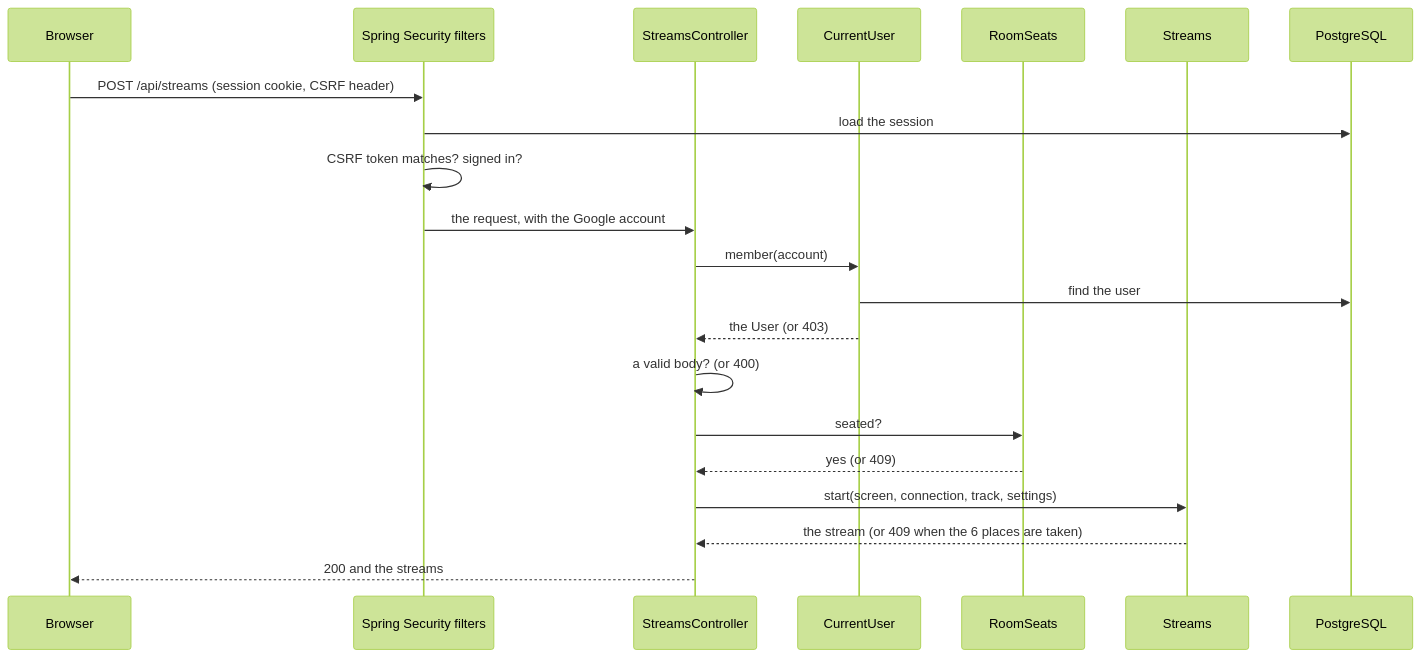
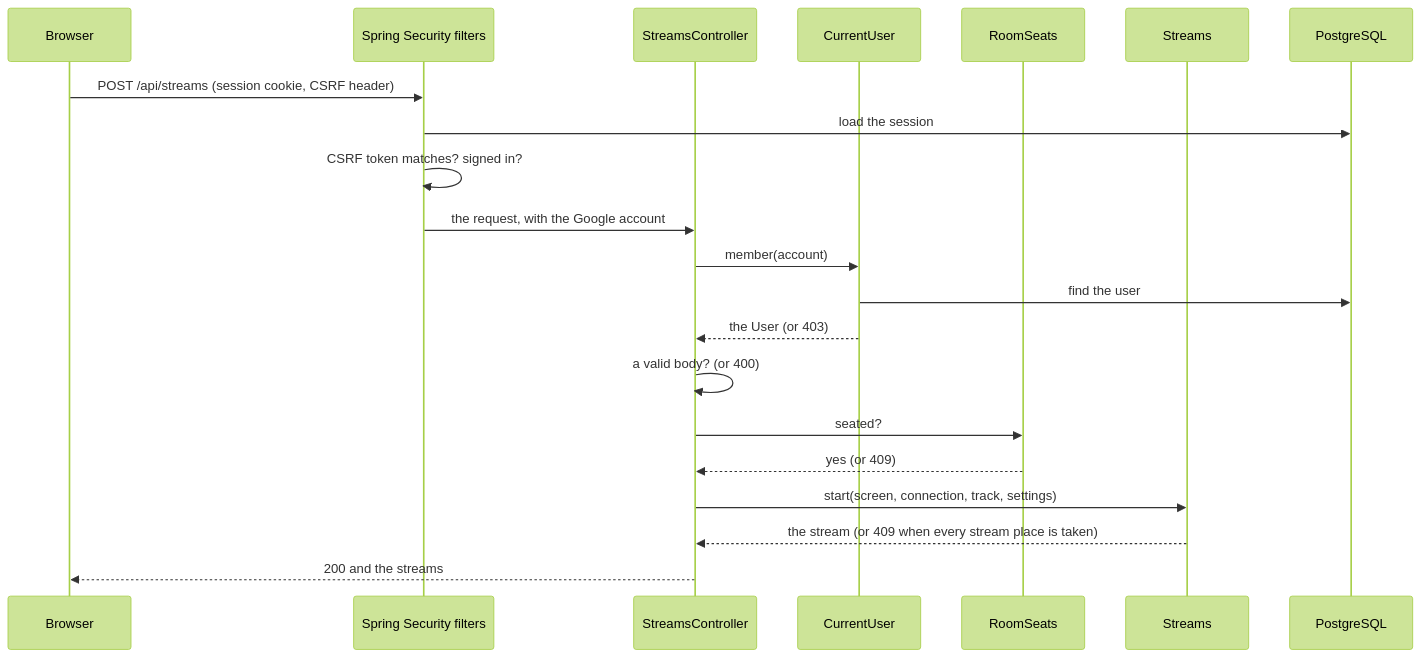
One commit to Hbrauveres/xove-api changed the second of 3 diagrams in docs/architecture.md. Above: the diagram before and after it, drawn with Mermaid (forest theme). The commit also changed other lines of this file and 17 other files, not shown here.

First line of the commit message:
feat(api): stream places from XOVE_STREAM_PLACES, and places in the streams answer (0191) (#15)

````diff
--- a/docs/architecture.md
+++ b/docs/architecture.md
@@ -54,23 +54,23 @@
 ```mermaid
 sequenceDiagram
   participant B as Browser
   participant F as Spring Security filters
   participant C as StreamsController
   participant U as CurrentUser
   participant R as RoomSeats
   participant S as Streams
   participant D as PostgreSQL
   B->>F: POST /api/streams (session cookie, CSRF header)
   F->>D: load the session
   F->>F: CSRF token matches? signed in?
   F->>C: the request, with the Google account
   C->>U: member(account)
   U->>D: find the user
   U-->>C: the User (or 403)
   C->>C: a valid body? (or 400)
   C->>R: seated?
   R-->>C: yes (or 409)
   C->>S: start(screen, connection, track, settings)
-  S-->>C: the stream (or 409 when the 6 places are taken)
+  S-->>C: the stream (or 409 when every stream place is taken)
   C-->>B: 200 and the streams
 ```
````
